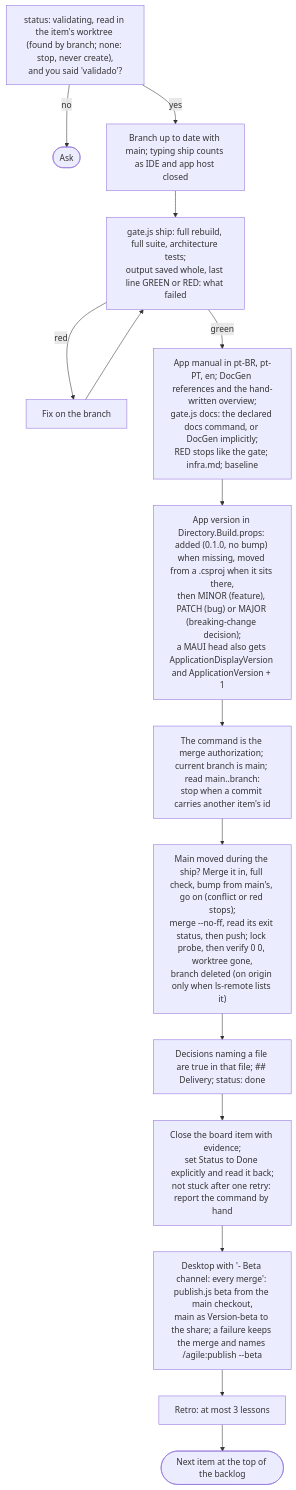
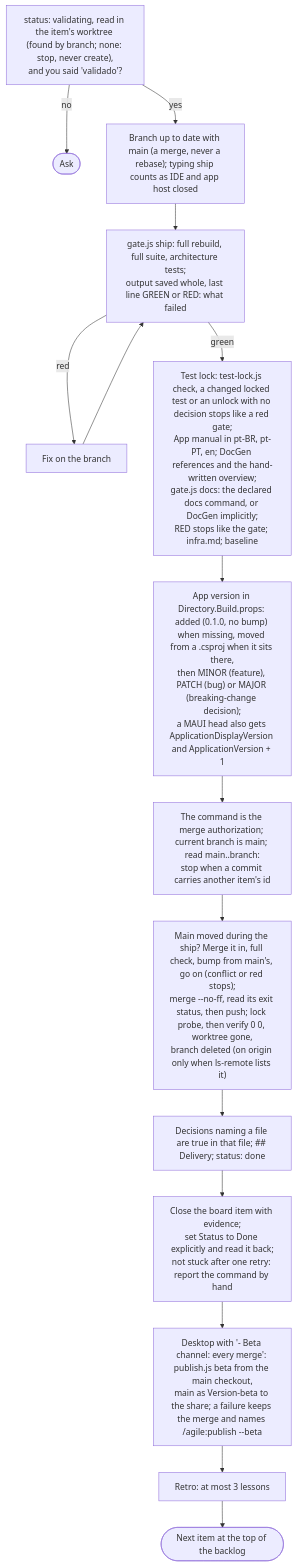
Before and after one commit to alexcanario/simulab: diagram 13 of 21 in docs/agile/workflow.md, drawn with Mermaid. The commit also changed other lines of this file and 8 other files, not shown here.

````diff
--- a/docs/agile/workflow.md
+++ b/docs/agile/workflow.md
@@ -920,17 +923,17 @@
 ```mermaid
 flowchart TD
     A["status: validating, read in the item's worktree (found by branch; none: stop, never create),<br/>and you said 'validado'?"] -->|no| A1(["Ask"])
-    A -->|yes| B["Branch up to date with main; typing ship counts as IDE and app host closed"]
+    A -->|yes| B["Branch up to date with main (a merge, never a rebase); typing ship counts as IDE and app host closed"]
     B --> C["gate.js ship: full rebuild, full suite, architecture tests;<br/>output saved whole, last line GREEN or RED: what failed"]
     C -->|red| C1["Fix on the branch"]
     C1 --> C
-    C -->|green| D["App manual in pt-BR, pt-PT, en; DocGen references and the hand-written overview;<br/>gate.js docs: the declared docs command, or DocGen implicitly;<br/>RED stops like the gate; infra.md; baseline"]
+    C -->|green| D["Test lock: test-lock.js check, a changed locked test or an unlock with no decision stops like a red gate;<br/>App manual in pt-BR, pt-PT, en; DocGen references and the hand-written overview;<br/>gate.js docs: the declared docs command, or DocGen implicitly;<br/>RED stops like the gate; infra.md; baseline"]
     D --> D1["App version in Directory.Build.props: added (0.1.0, no bump) when missing, moved from a .csproj when it sits there,<br/>then MINOR (feature), PATCH (bug) or MAJOR (breaking-change decision);<br/>a MAUI head also gets ApplicationDisplayVersion and ApplicationVersion + 1"]
     D1 --> E2["The command is the merge authorization; current branch is main; read main..branch:<br/>stop when a commit carries another item's id"]
     E2 --> F["Main moved during the ship? Merge it in, full check, bump from main's, go on (conflict or red stops);<br/>merge --no-ff, read its exit status, then push; lock probe, then verify 0 0, worktree gone,<br/>branch deleted (on origin only when ls-remote lists it)"]
     F --> G["Decisions naming a file are true in that file; ## Delivery; status: done"]
     G --> H["Close the board item with evidence;<br/>set Status to Done explicitly and read it back;<br/>not stuck after one retry: report the command by hand"]
     H --> H2["Desktop with '- Beta channel: every merge': publish.js beta from the main checkout,<br/>main as Version-beta to the share; a failure keeps the merge and names /agile:publish --beta"]
     H2 --> I["Retro: at most 3 lessons"]
     I --> J(["Next item at the top of the backlog"])
 ```
````
